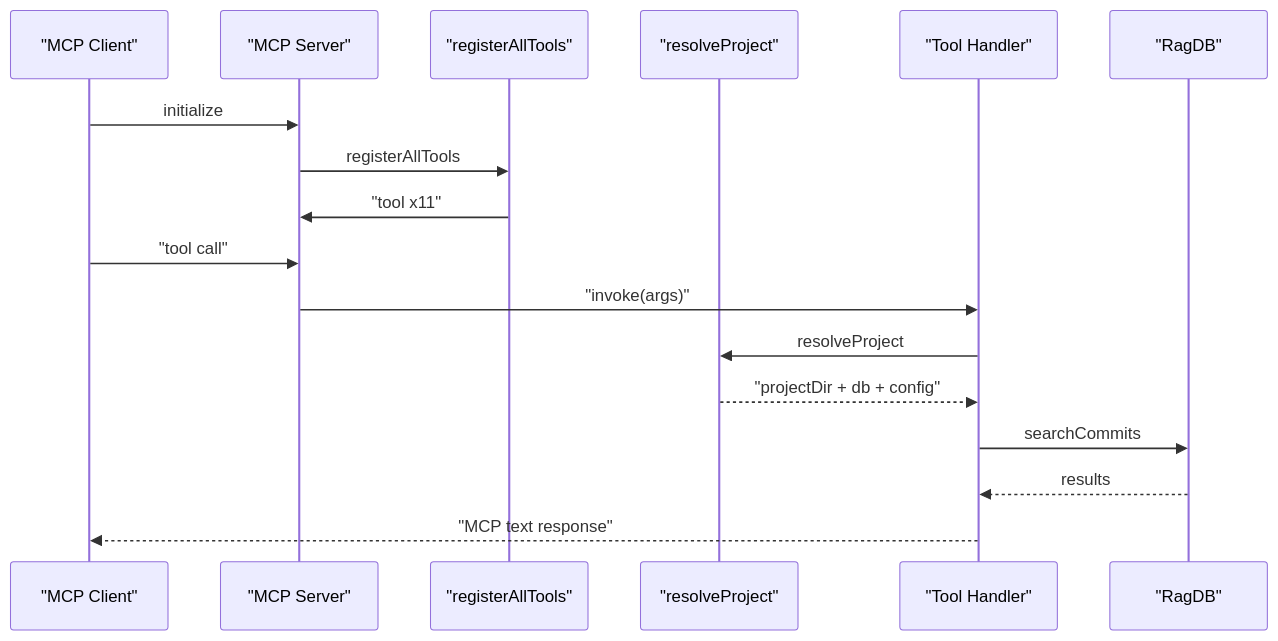
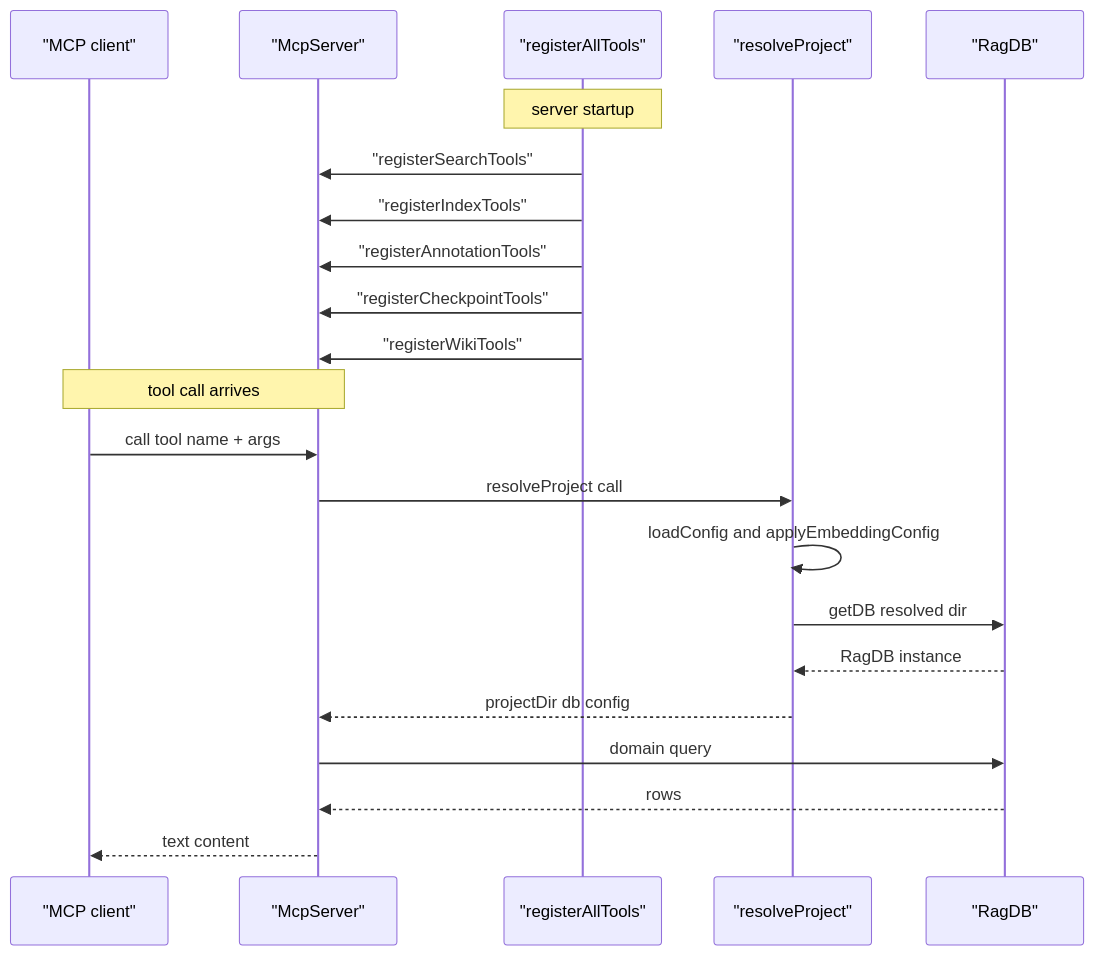
Before and after one commit to TheWinci/mimirs: the first of 2 diagrams in wiki/communities/mcp-tools.md, drawn with Mermaid. The commit also changed other lines of this file and 36 other files, not shown here.

````diff
--- a/wiki/communities/mcp-tools.md
+++ b/wiki/communities/mcp-tools.md
@@ -57,21 +53,25 @@
 ```mermaid
 sequenceDiagram
-  participant client as "MCP Client"
-  participant server as "MCP Server"
-  participant regAll as "registerAllTools"
-  participant resolve as "resolveProject"
-  participant handler as "Tool Handler"
-  participant db as "RagDB"
+    participant client as "MCP client"
+    participant srv as "McpServer"
+    participant register as "registerAllTools"
+    participant resolver as "resolveProject"
+    participant db as "RagDB"
 
-  client->>server: initialize
-  server->>regAll: registerAllTools
-  regAll->>server: "tool x11"
-
-  client->>server: "tool call"
-  server->>handler: "invoke(args)"
-  handler->>resolve: resolveProject
-  resolve-->>handler: "projectDir + db + config"
-  handler->>db: searchCommits
-  db-->>handler: results
-  handler-->>client: "MCP text response"
+    Note over register: server startup
+    register->>srv: "registerSearchTools"
+    register->>srv: "registerIndexTools"
+    register->>srv: "registerAnnotationTools"
+    register->>srv: "registerCheckpointTools"
+    register->>srv: "registerWikiTools"
+    Note over client,srv: tool call arrives
+    client->>srv: call tool name + args
+    srv->>resolver: resolveProject call
+    resolver->>resolver: loadConfig and applyEmbeddingConfig
+    resolver->>db: getDB resolved dir
+    db-->>resolver: RagDB instance
+    resolver-->>srv: projectDir db config
+    srv->>db: domain query
+    db-->>srv: rows
+    srv-->>client: text content
 ```
````
